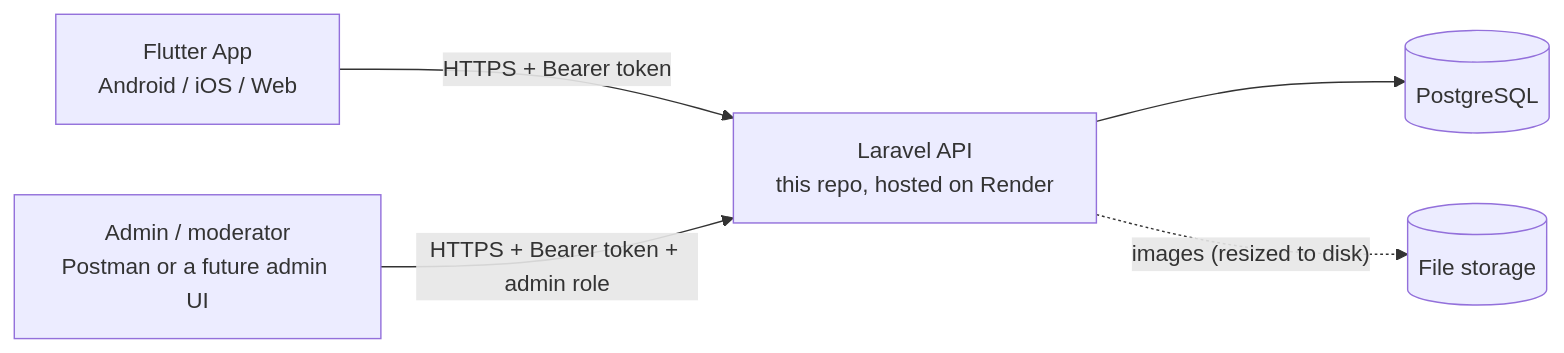
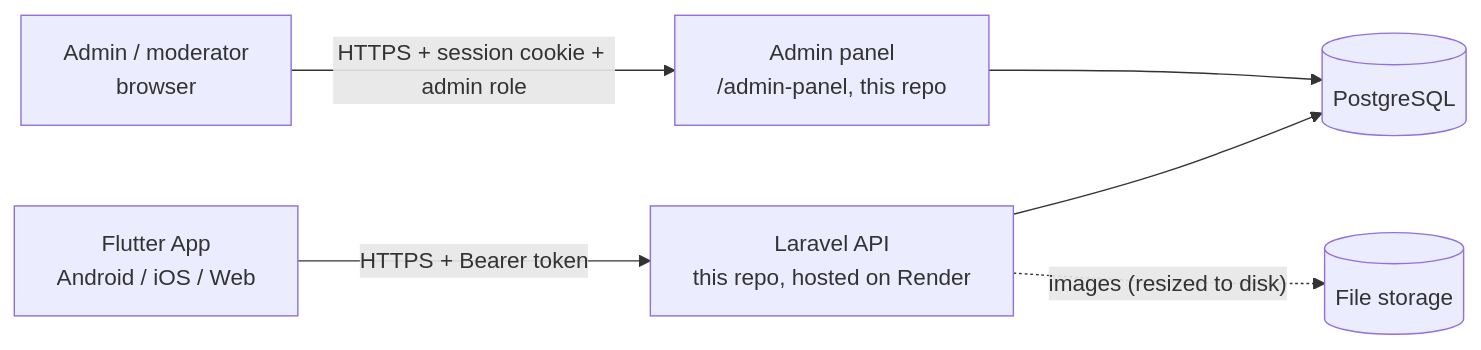
The diagram in docs/HOW_IT_WORKS.md (Nasr4IT/-aveno-simsar-api), drawn with Mermaid before and after one commit. The commit also changed other lines of this file and 8 other files, not shown here.

````diff
--- a/docs/HOW_IT_WORKS.md
+++ b/docs/HOW_IT_WORKS.md
@@ -7,7 +7,8 @@
 ```mermaid
 flowchart LR
     App[Flutter App<br/>Android / iOS / Web] -- HTTPS + Bearer token --> API[Laravel API<br/>this repo, hosted on Render]
     API --> DB[(PostgreSQL)]
     API -. "images (resized to disk)" .-> Storage[(File storage)]
-    Admin[Admin / moderator<br/>Postman or a future admin UI] -- HTTPS + Bearer token + admin role --> API
+    Admin[Admin / moderator<br/>browser] -- HTTPS + session cookie + admin role --> Panel[Admin panel<br/>/admin-panel, this repo]
+    Panel --> DB
 ```
````
